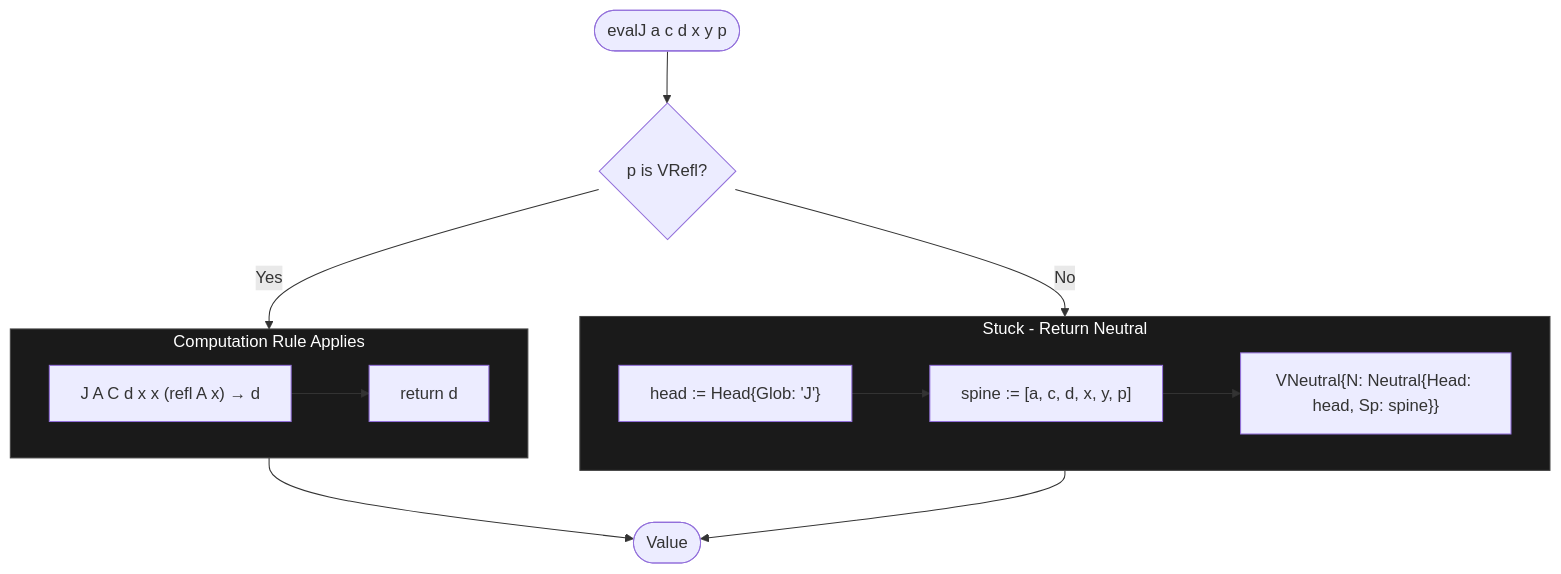
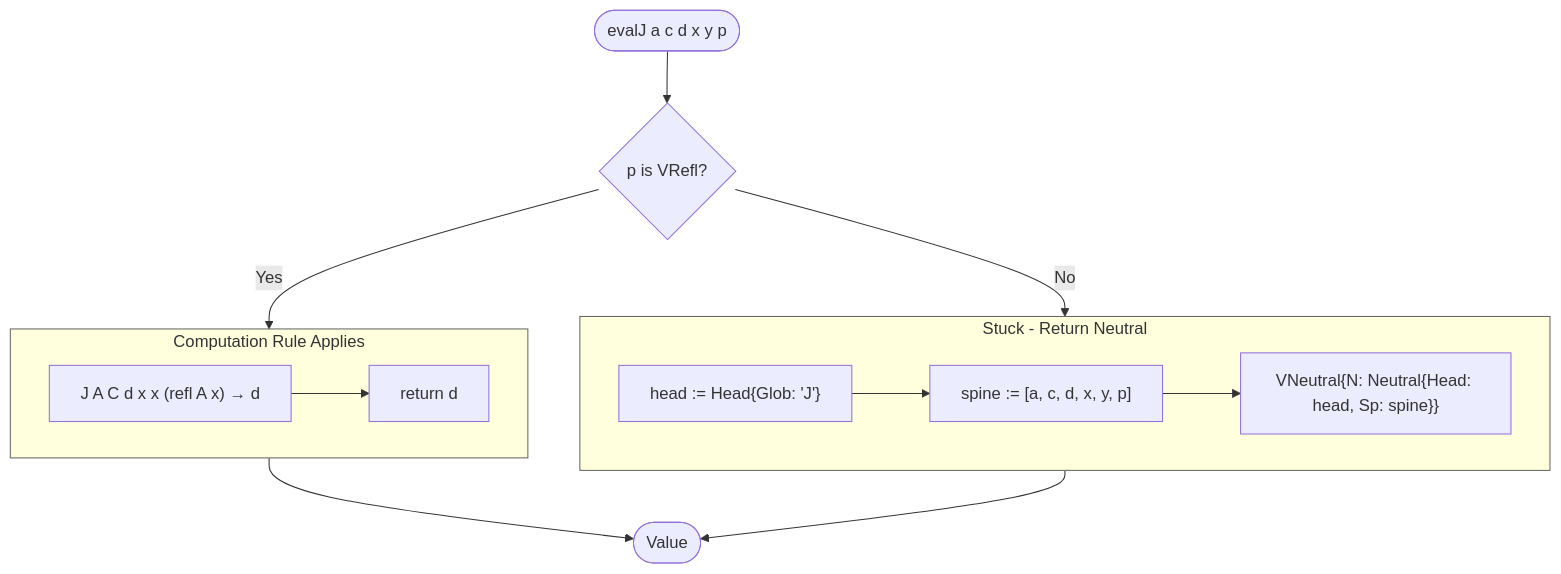
Before and after one commit to watchthelight/HypergraphGo: diagram 18 of 26 in DIAGRAMS.md, drawn with Mermaid. The commit also changed other lines of this file and 1 other file, not shown here.

Commit message:
Diagram updates

````diff
--- a/DIAGRAMS.md
+++ b/DIAGRAMS.md
@@ -1108,26 +1358,26 @@
 ```mermaid
 flowchart TB
     Start([evalJ a c d x y p]) --> CheckProof{p is VRefl?}
 
     CheckProof -->|Yes| ComputationRule
     CheckProof -->|No| StuckNeutral
 
     subgraph ComputationRule["Computation Rule Applies"]
         CR1["J A C d x x (refl A x) → d"]
         CR2["return d"]
         CR1 --> CR2
     end
 
     subgraph StuckNeutral["Stuck - Return Neutral"]
         SN1["head := Head{Glob: 'J'}"]
         SN2["spine := [a, c, d, x, y, p]"]
         SN3["VNeutral{N: Neutral{Head: head, Sp: spine}}"]
         SN1 --> SN2 --> SN3
     end
 
     ComputationRule --> Result([Value])
     StuckNeutral --> Result
 
-    style ComputationRule fill:#1a1a1a,stroke:#444,color:#fff
-    style StuckNeutral fill:#1a1a1a,stroke:#444,color:#fff
+    style ComputationRule stroke:#666
+    style StuckNeutral stroke:#666
 ```
````
